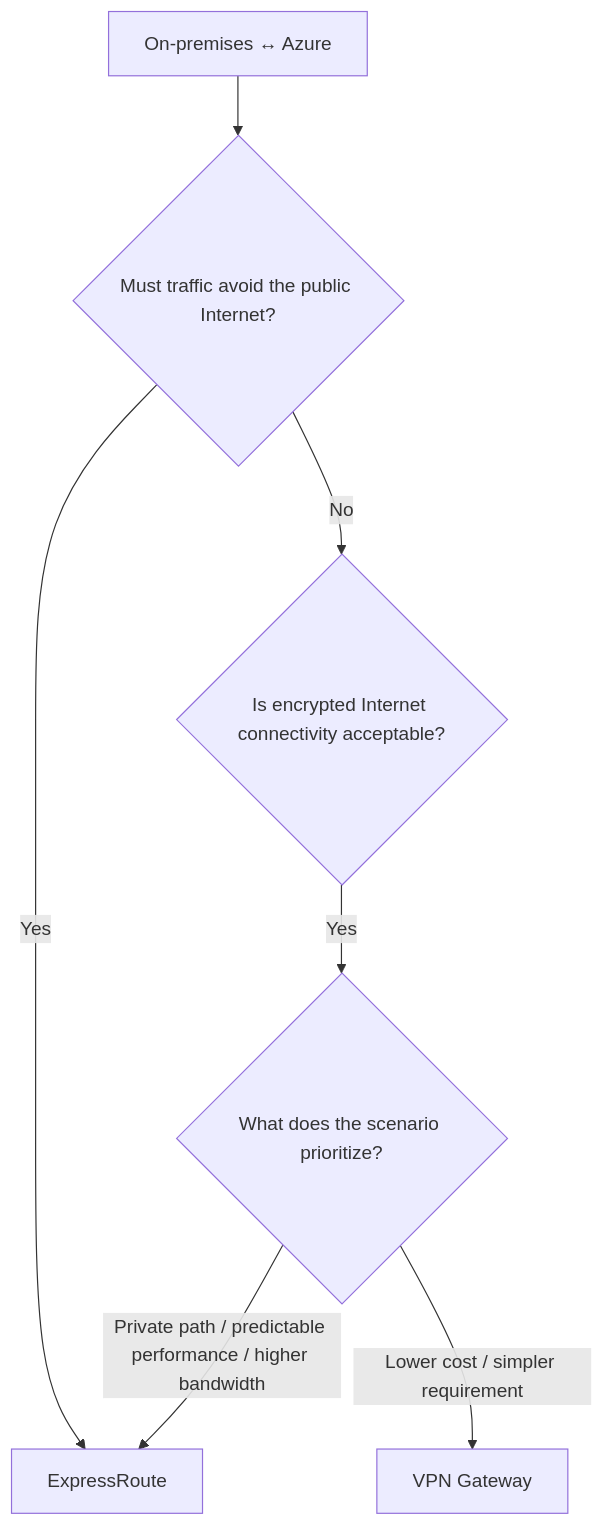
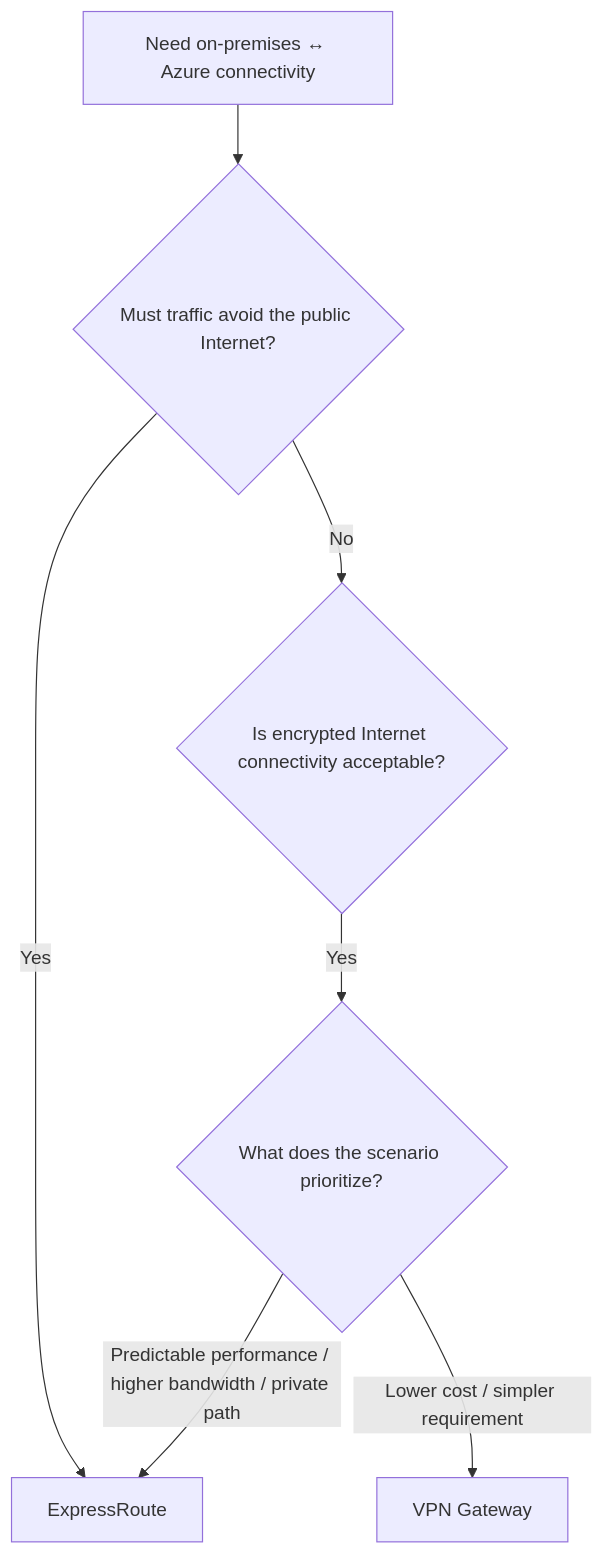
Before and after one commit to zhyordanova/azure-fundamentals-handbook: the eighth of 11 diagrams in review/04-networking.md, drawn with Mermaid. The commit also changed other lines of this file, not shown here.

````diff
--- a/review/04-networking.md
+++ b/review/04-networking.md
@@ -211,17 +217,17 @@
 ```mermaid
 flowchart TD
 
-    A["On-premises ↔ Azure"]
+    A["Need on-premises ↔ Azure connectivity"]
 
     A --> B{"Must traffic avoid the public Internet?"}
 
     B -->|Yes| ER["ExpressRoute"]
 
     B -->|No| C{"Is encrypted Internet connectivity acceptable?"}
 
     C -->|Yes| D{"What does the scenario prioritize?"}
 
     D -->|"Lower cost / simpler requirement"| VPN["VPN Gateway"]
 
-    D -->|"Private path / predictable performance / higher bandwidth"| ER
+    D -->|"Predictable performance / higher bandwidth / private path"| ER
 ```
````
